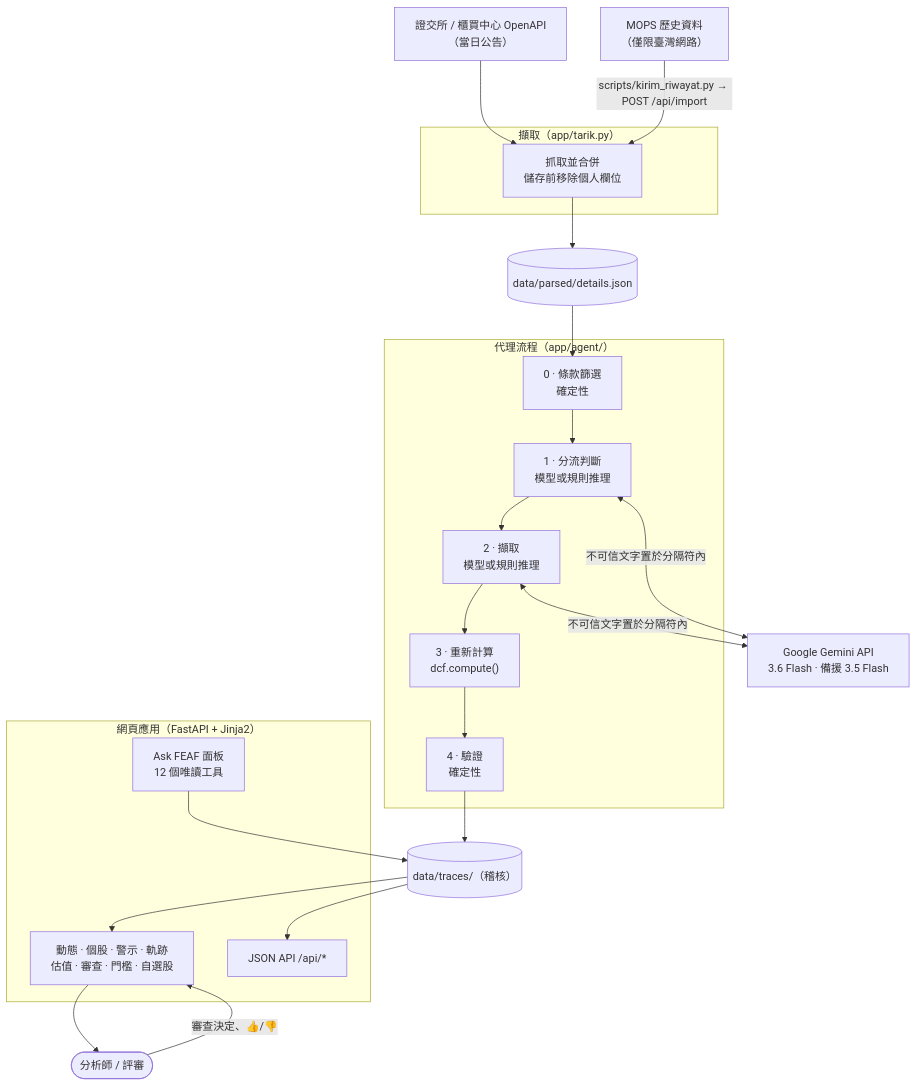
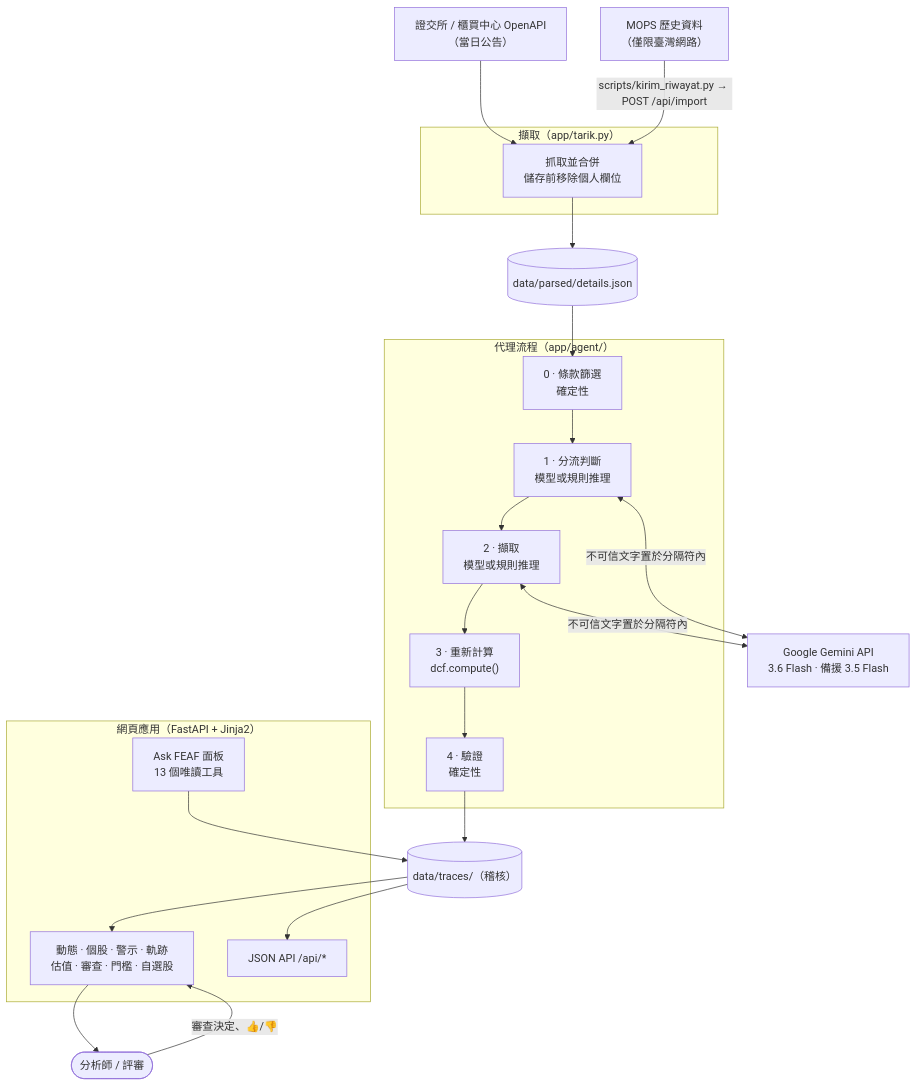
One commit to Kenfinn/feaf changed the first of 3 diagrams in README.zh-TW.md. Above: the diagram before and after it, drawn with Mermaid. The commit also changed other lines of this file and 3 other files, not shown here.

````diff
--- a/README.zh-TW.md
+++ b/README.zh-TW.md
@@ -70,35 +83,35 @@
 ```mermaid
 graph TD
     TWSE["證交所 / 櫃買中心 OpenAPI<br/>（當日公告）"] --> Pull
     MOPS["MOPS 歷史資料<br/>（僅限臺灣網路）"] -->|scripts/kirim_riwayat.py → POST /api/import| Pull
 
     subgraph Ingest ["擷取（app/tarik.py）"]
         Pull["抓取並合併<br/>儲存前移除個人欄位"]
     end
 
     Pull --> Store[("data/parsed/details.json")]
 
     subgraph Agent ["代理流程（app/agent/）"]
         S0["0 · 條款篩選<br/>確定性"]
         S1["1 · 分流判斷<br/>模型或規則推理"]
         S2["2 · 擷取<br/>模型或規則推理"]
         S3["3 · 重新計算<br/>dcf.compute()"]
         S4["4 · 驗證<br/>確定性"]
         S0 --> S1 --> S2 --> S3 --> S4
     end
 
     Store --> S0
     S1 & S2 <-->|不可信文字置於分隔符內| Gemini["Google Gemini API<br/>3.6 Flash · 備援 3.5 Flash"]
     S4 --> Traces[("data/traces/（稽核）")]
 
     subgraph Web ["網頁應用（FastAPI + Jinja2）"]
         Pages["動態 · 個股 · 警示 · 軌跡<br/>估值 · 審查 · 門檻 · 自選股"]
-        Chat["Ask FEAF 面板<br/>12 個唯讀工具"]
+        Chat["Ask FEAF 面板<br/>13 個唯讀工具"]
         API["JSON API /api/*"]
     end
 
     Traces --> Pages & API
     Chat --> Traces
     Pages --> User(["分析師 / 評審"])
     User -->|審查決定、👍/👎| Pages
 ```
````
